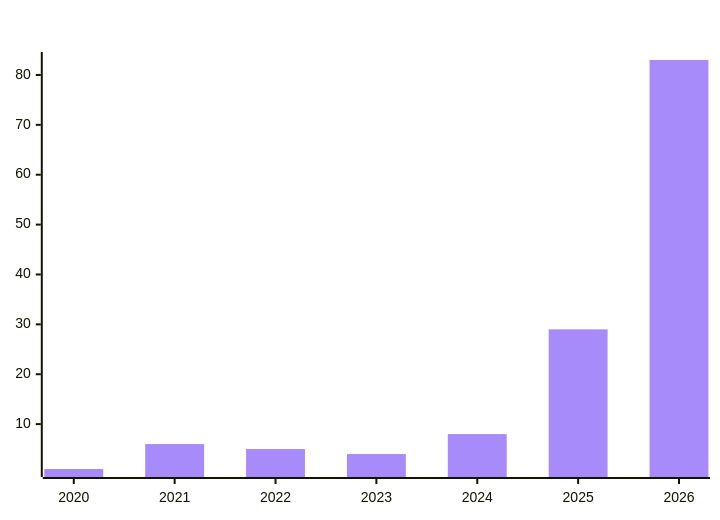
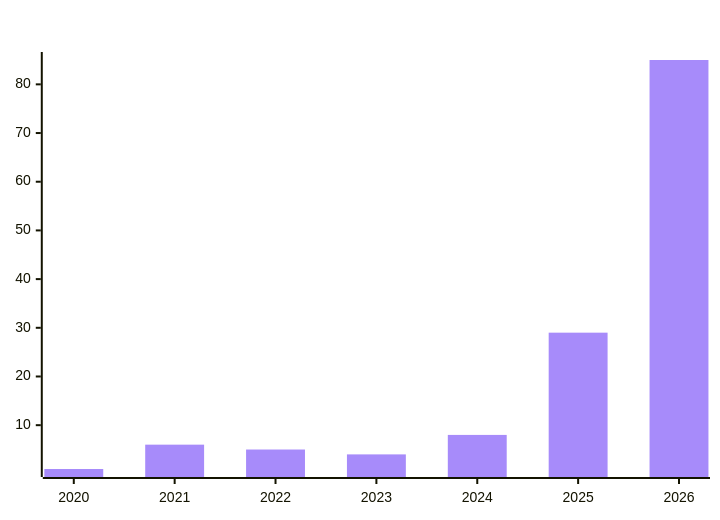
Before and after one commit to polo-nyan/polo-nyan: the sixth of 7 diagrams in README.md, drawn with Mermaid. The commit also changed other lines of this file and 1 other file, not shown here.

````diff
--- a/README.md
+++ b/README.md
@@ -390,7 +391,7 @@
 ```mermaid
 %%{init: {"xyChart": {"titleColor": "#ffffff", "xAxisLabelColor": "#ffffff", "yAxisLabelColor": "#ffffff"}, "themeVariables": {"xyChart": {"titleColor": "#ffffff", "plotColorPalette": "#a78bfa"}}}}%%
 xychart-beta
     title "Repos Created Per Year"
     x-axis ["2020", "2021", "2022", "2023", "2024", "2025", "2026"]
-    bar [1, 6, 5, 4, 8, 29, 83]
+    bar [1, 6, 5, 4, 8, 29, 85]
 ```
````
